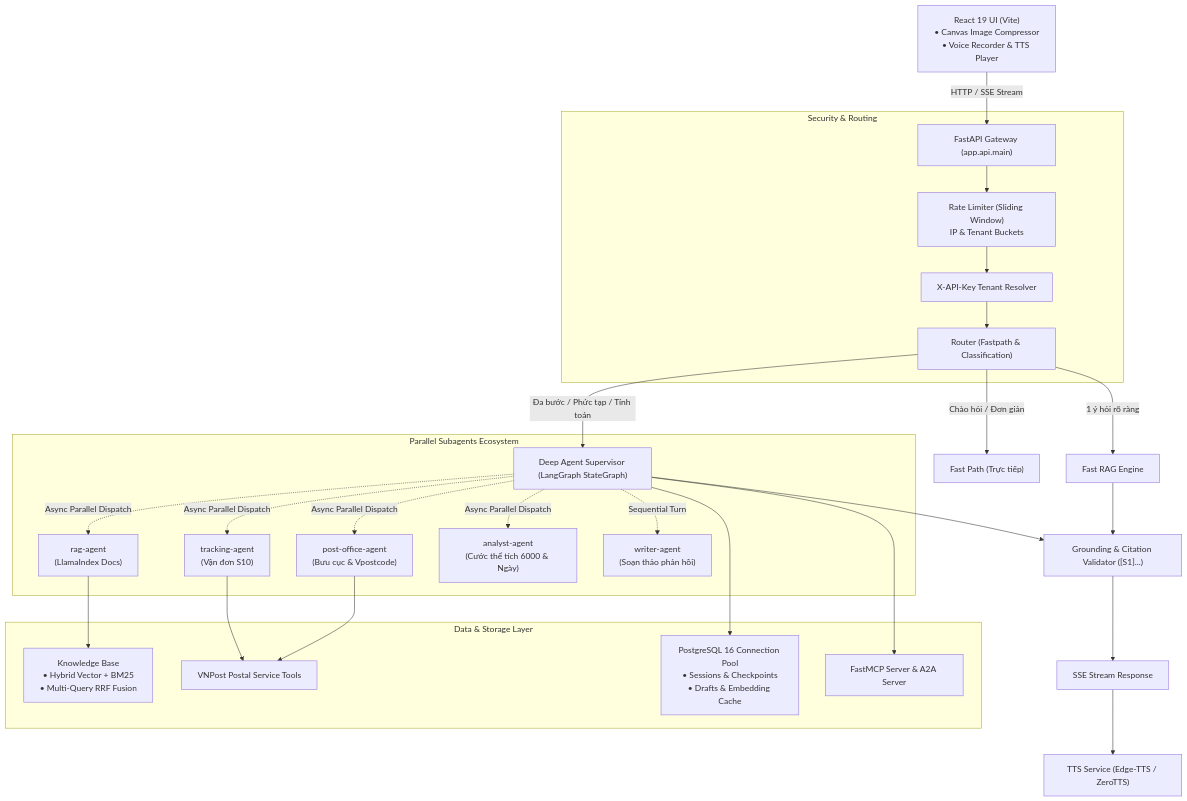
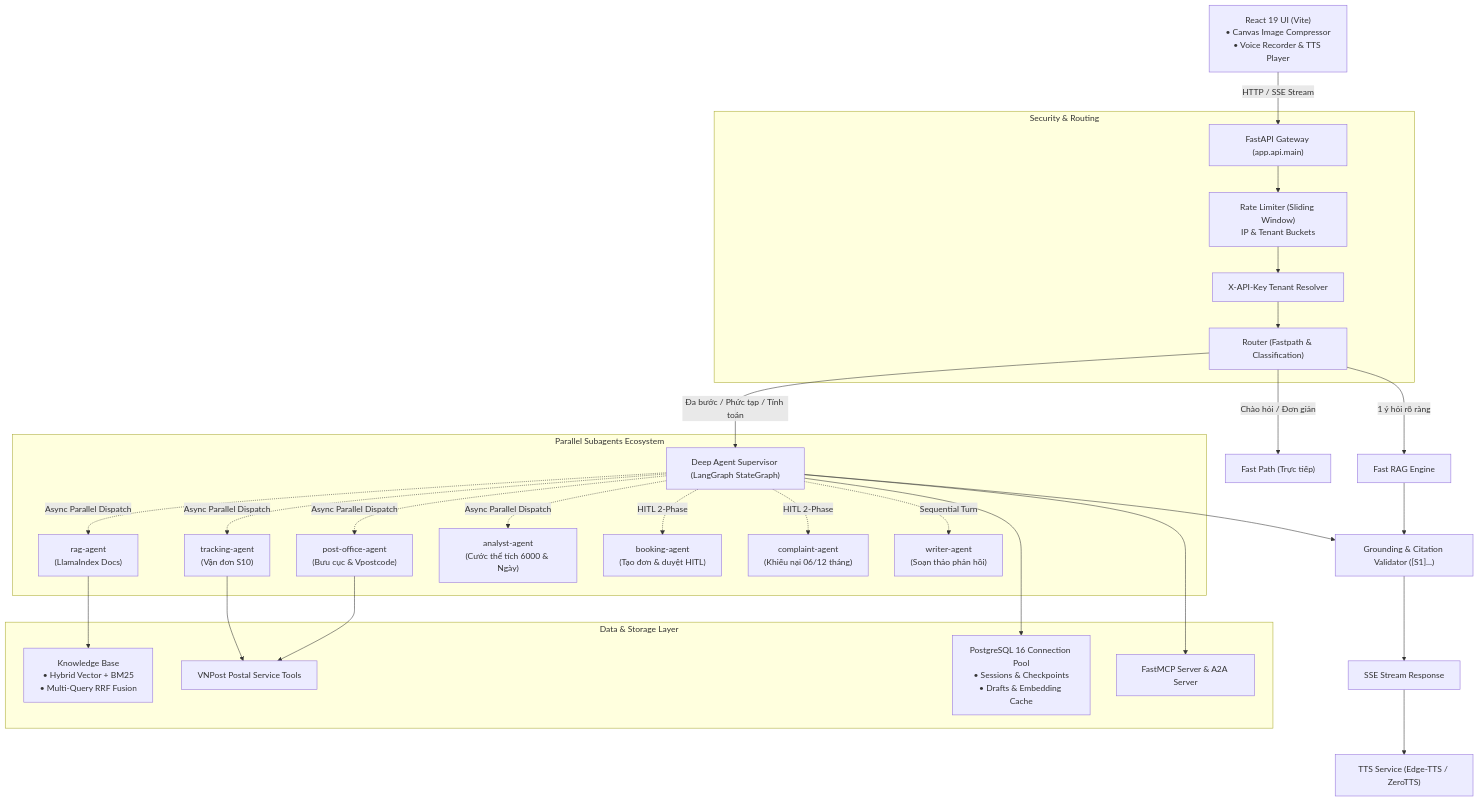
Before and after one commit to dinhhthanhh/vnpost_deepagent: the diagram in README.md, drawn with Mermaid. The commit also changed 1 other file, not shown here.

Commit message:
docs: update ARCHITECTURE.md and README.md to v1.3.0 reflecting full 7 subagents, PostgreSQL and STT

````diff
--- a/README.md
+++ b/README.md
@@ -51,35 +51,37 @@
 ```mermaid
 flowchart TD
     Client["React 19 UI (Vite)\n• Canvas Image Compressor\n• Voice Recorder & TTS Player"] -->|HTTP / SSE Stream| API["FastAPI Gateway (app.api.main)"]
 
     subgraph SecurityLayer ["Security & Routing"]
         API --> RateLimit["Rate Limiter (Sliding Window)\nIP & Tenant Buckets"]
         RateLimit --> Auth["X-API-Key Tenant Resolver"]
         Auth --> Router["Router (Fastpath & Classification)"]
     end
 
     Router -->|Chào hỏi / Đơn giản| FastPath["Fast Path (Trực tiếp)"]
     Router -->|1 ý hỏi rõ ràng| FastRAG["Fast RAG Engine"]
     Router -->|Đa bước / Phức tạp / Tính toán| DeepAgent["Deep Agent Supervisor (LangGraph StateGraph)"]
 
     subgraph SubAgentsLayer ["Parallel Subagents Ecosystem"]
         DeepAgent -.->|Async Parallel Dispatch| RAG_A["rag-agent\n(LlamaIndex Docs)"]
         DeepAgent -.->|Async Parallel Dispatch| TRK_A["tracking-agent\n(Vận đơn S10)"]
         DeepAgent -.->|Async Parallel Dispatch| PO_A["post-office-agent\n(Bưu cục & Vpostcode)"]
         DeepAgent -.->|Async Parallel Dispatch| CALC_A["analyst-agent\n(Cước thể tích 6000 & Ngày)"]
+        DeepAgent -.->|HITL 2-Phase| BOK_A["booking-agent\n(Tạo đơn & duyệt HITL)"]
+        DeepAgent -.->|HITL 2-Phase| COM_A["complaint-agent\n(Khiếu nại 06/12 tháng)"]
         DeepAgent -.->|Sequential Turn| WRI_A["writer-agent\n(Soạn thảo phản hồi)"]
     end
 
     subgraph DataAndTools ["Data & Storage Layer"]
         RAG_A --> KB["Knowledge Base\n• Hybrid Vector + BM25\n• Multi-Query RRF Fusion"]
         TRK_A --> PostalAPI["VNPost Postal Service Tools"]
         PO_A --> PostalAPI
         DeepAgent --> Checkpointer["PostgreSQL 16 Connection Pool\n• Sessions & Checkpoints\n• Drafts & Embedding Cache"]
         DeepAgent --> MCP["FastMCP Server & A2A Server"]
     end
 
     FastRAG --> GroundingCheck["Grounding & Citation Validator ([S1]...)"]
     DeepAgent --> GroundingCheck
     GroundingCheck --> ResponseOutput["SSE Stream Response"]
     ResponseOutput --> TTSOutput["TTS Service (Edge-TTS / ZeroTTS)"]
 ```
````
